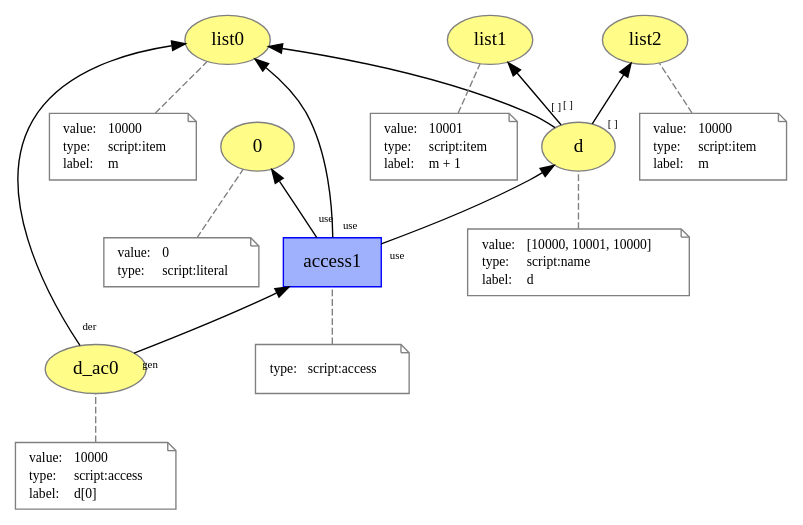
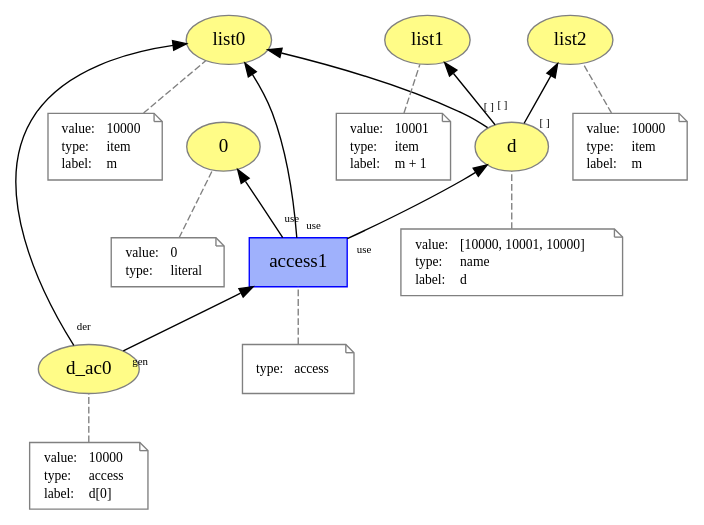
Before and after one commit to dew-uff/versioned-prov: the diagram in images/plain_prov/access.dot, drawn with Graphviz. The commit also changed 216 other files, not shown here.

```diff
--- a/images/plain_prov/access.dot
+++ b/images/plain_prov/access.dot
@@ -1,110 +1,110 @@
 digraph "PROV" { size="16,12"; rankdir="BT";
 "http://example.org/d" [fillcolor="#FFFC87",color="#808080",style="filled",label="d",URL="http://example.org/d"]
 "-attrs0" [color="gray",shape="note",fontsize="10",fontcolor="black",label=<<TABLE cellpadding="0" border="0">
 	<TR>
 	    <TD align="left">value:</TD>
 	    <TD align="left">[10000, 10001, 10000]</TD>
 	</TR>
 	<TR>
 	    <TD align="left">type:</TD>
-	    <TD align="left">script:name</TD>
+	    <TD align="left">name</TD>
 	</TR>
 	<TR>
 	    <TD align="left">label:</TD>
 	    <TD align="left">d</TD>
 	</TR>
 </TABLE>>]
 "-attrs0" -> "http://example.org/d" [color="gray",style="dashed",arrowhead="none"]
 "http://example.org/list0" [fillcolor="#FFFC87",color="#808080",style="filled",label="list0",URL="http://example.org/list0"]
 "-attrs1" [color="gray",shape="note",fontsize="10",fontcolor="black",label=<<TABLE cellpadding="0" border="0">
 	<TR>
 	    <TD align="left">value:</TD>
 	    <TD align="left">10000</TD>
 	</TR>
 	<TR>
 	    <TD align="left">type:</TD>
-	    <TD align="left">script:item</TD>
+	    <TD align="left">item</TD>
 	</TR>
 	<TR>
 	    <TD align="left">label:</TD>
 	    <TD align="left">m</TD>
 	</TR>
 </TABLE>>]
 "-attrs1" -> "http://example.org/list0" [color="gray",style="dashed",arrowhead="none"]
 "http://example.org/list1" [fillcolor="#FFFC87",color="#808080",style="filled",label="list1",URL="http://example.org/list1"]
 "-attrs2" [color="gray",shape="note",fontsize="10",fontcolor="black",label=<<TABLE cellpadding="0" border="0">
 	<TR>
 	    <TD align="left">value:</TD>
 	    <TD align="left">10001</TD>
 	</TR>
 	<TR>
 	    <TD align="left">type:</TD>
-	    <TD align="left">script:item</TD>
+	    <TD align="left">item</TD>
 	</TR>
 	<TR>
 	    <TD align="left">label:</TD>
 	    <TD align="left">m + 1</TD>
 	</TR>
 </TABLE>>]
 "-attrs2" -> "http://example.org/list1" [color="gray",style="dashed",arrowhead="none"]
 "http://example.org/list2" [fillcolor="#FFFC87",color="#808080",style="filled",label="list2",URL="http://example.org/list2"]
 "-attrs3" [color="gray",shape="note",fontsize="10",fontcolor="black",label=<<TABLE cellpadding="0" border="0">
 	<TR>
 	    <TD align="left">value:</TD>
 	    <TD align="left">10000</TD>
 	</TR>
 	<TR>
 	    <TD align="left">type:</TD>
-	    <TD align="left">script:item</TD>
+	    <TD align="left">item</TD>
 	</TR>
 	<TR>
 	    <TD align="left">label:</TD>
 	    <TD align="left">m</TD>
 	</TR>
 </TABLE>>]
 "-attrs3" -> "http://example.org/list2" [color="gray",style="dashed",arrowhead="none"]
 "http://example.org/d" -> "http://example.org/list0" [labelfontsize="8",labeldistance="1.5",labelangle="60.0",rotation="20",taillabel="[ ]"]
 "http://example.org/d" -> "http://example.org/list1" [labelfontsize="8",labeldistance="1.5",labelangle="60.0",rotation="20",taillabel="[ ]"]
 "http://example.org/d" -> "http://example.org/list2" [labelfontsize="8",labeldistance="1.5",labelangle="60.0",rotation="20",taillabel="[ ]"]
 "http://example.org/0" [fillcolor="#FFFC87",color="#808080",style="filled",label="0",URL="http://example.org/0"]
 "-attrs4" [color="gray",shape="note",fontsize="10",fontcolor="black",label=<<TABLE cellpadding="0" border="0">
 	<TR>
 	    <TD align="left">value:</TD>
 	    <TD align="left">0</TD>
 	</TR>
 	<TR>
 	    <TD align="left">type:</TD>
-	    <TD align="left">script:literal</TD>
+	    <TD align="left">literal</TD>
 	</TR>
 </TABLE>>]
 "-attrs4" -> "http://example.org/0" [color="gray",style="dashed",arrowhead="none"]
 "http://example.org/d_ac0" [fillcolor="#FFFC87",color="#808080",style="filled",label="d_ac0",URL="http://example.org/d_ac0"]
 "-attrs5" [color="gray",shape="note",fontsize="10",fontcolor="black",label=<<TABLE cellpadding="0" border="0">
 	<TR>
 	    <TD align="left">value:</TD>
 	    <TD align="left">10000</TD>
 	</TR>
 	<TR>
 	    <TD align="left">type:</TD>
-	    <TD align="left">script:access</TD>
+	    <TD align="left">access</TD>
 	</TR>
 	<TR>
 	    <TD align="left">label:</TD>
 	    <TD align="left">d[0]</TD>
 	</TR>
 </TABLE>>]
 "-attrs5" -> "http://example.org/d_ac0" [color="gray",style="dashed",arrowhead="none"]
 "http://example.org/access1" [fillcolor="#9FB1FC",color="#0000FF",shape="polygon",sides="4",style="filled",label="access1",URL="http://example.org/access1"]
 "-attrs6" [color="gray",shape="note",fontsize="10",fontcolor="black",label=<<TABLE cellpadding="0" border="0">
 	<TR>
 	    <TD align="left">type:</TD>
-	    <TD align="left">script:access</TD>
+	    <TD align="left">access</TD>
 	</TR>
 </TABLE>>]
 "-attrs6" -> "http://example.org/access1" [color="gray",style="dashed",arrowhead="none"]
 "http://example.org/access1" -> "http://example.org/d" [labelfontsize="8",labeldistance="1.5",labelangle="60.0",rotation="20",taillabel="use"]
 "http://example.org/access1" -> "http://example.org/0" [labelfontsize="8",labeldistance="1.5",labelangle="60.0",rotation="20",taillabel="use"]
 "http://example.org/access1" -> "http://example.org/list0" [labelfontsize="8",labeldistance="1.5",labelangle="60.0",rotation="20",taillabel="use"]
 "http://example.org/d_ac0" -> "http://example.org/access1" [labelfontsize="8",labeldistance="1.5",labelangle="60.0",rotation="20",taillabel="gen"]
 "http://example.org/d_ac0" -> "http://example.org/list0" [labelfontsize="8",labeldistance="1.5",labelangle="60.0",rotation="20",taillabel="der"]
 }
```
